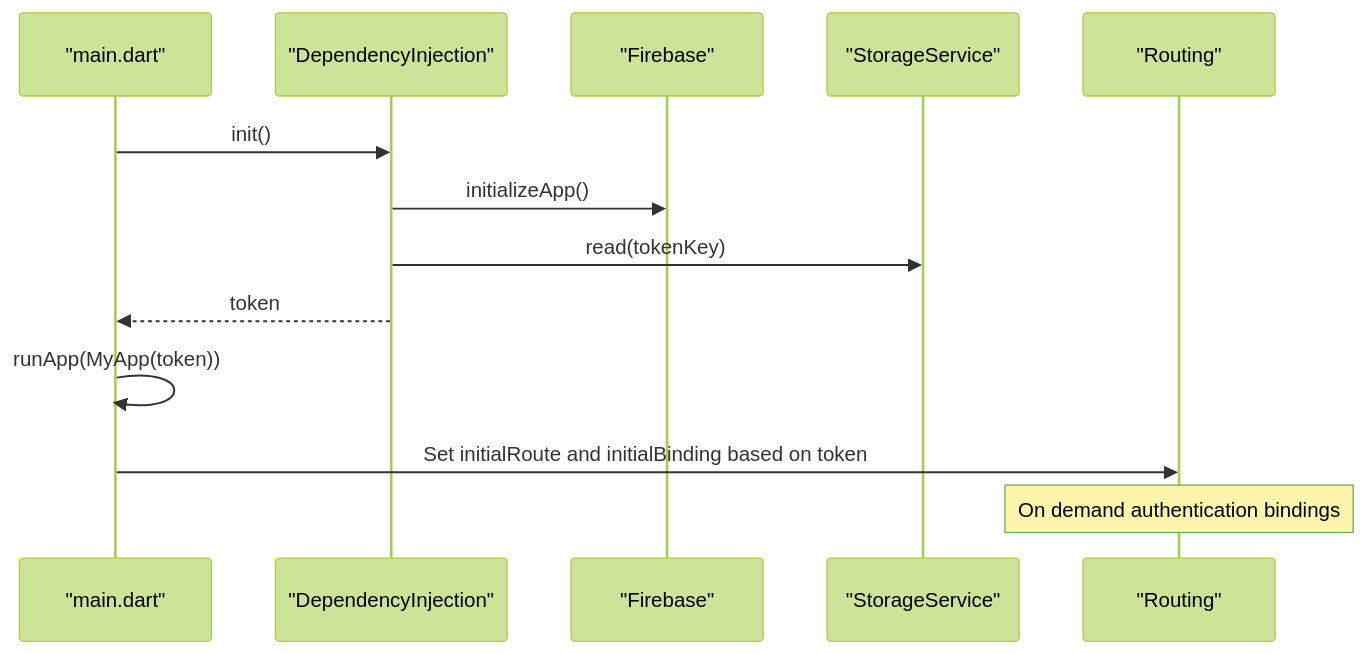
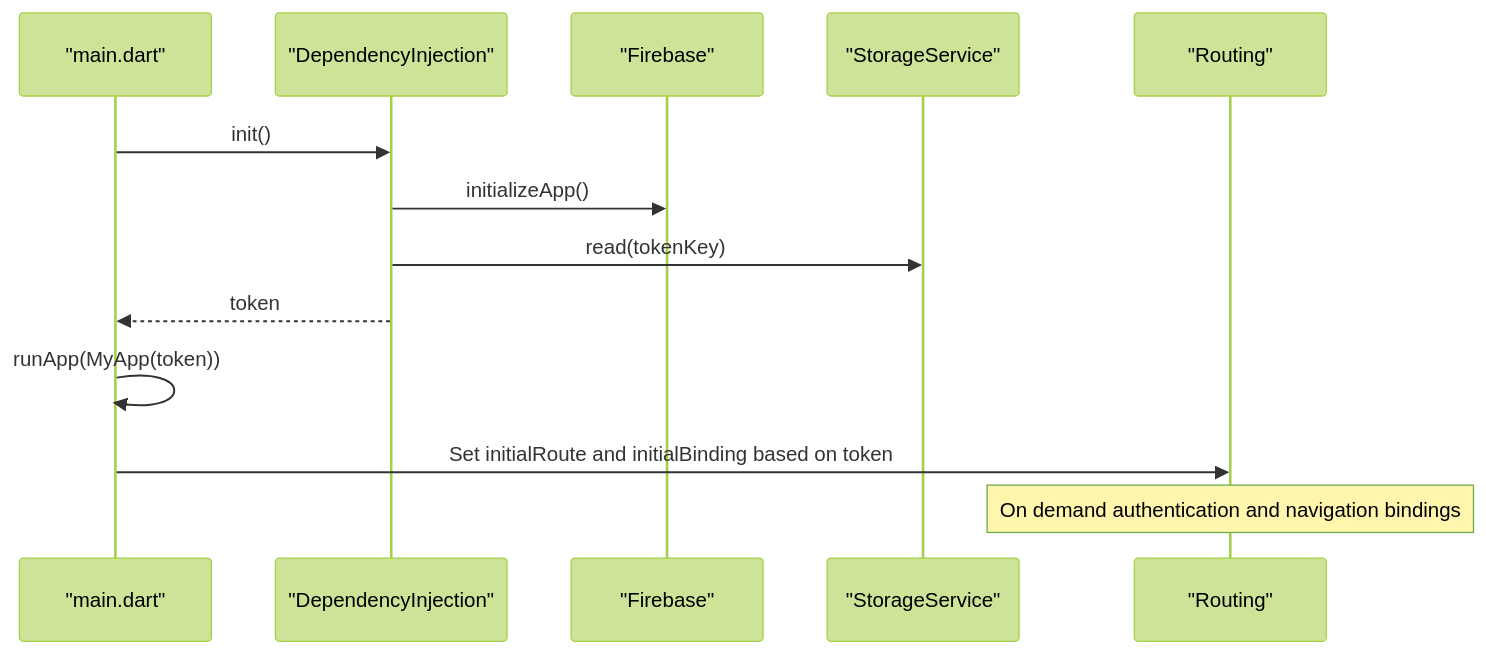
Diagram 11 of 13 in .qoder/repowiki/en/content/Architecture Overview/Dependency Injection System.md (Ariful3111/FurniGo), drawn with Mermaid (forest theme) before and after one commit. The commit also changed other lines of this file and 8 other files, not shown here.

````diff
--- a/.qoder/repowiki/en/content/Architecture Overview/Dependency Injection System.md
+++ b/.qoder/repowiki/en/content/Architecture Overview/Dependency Injection System.md
@@ -517,15 +633,15 @@
 ```mermaid
 sequenceDiagram
 participant M as "main.dart"
 participant D as "DependencyInjection"
 participant F as "Firebase"
 participant S as "StorageService"
 participant R as "Routing"
 M->>D : init()
 D->>F : initializeApp()
 D->>S : read(tokenKey)
 D-->>M : token
 M->>M : runApp(MyApp(token))
 M->>R : Set initialRoute and initialBinding based on token
-Note over R : On demand authentication bindings
+Note over R : On demand authentication and navigation bindings
 ```
````
